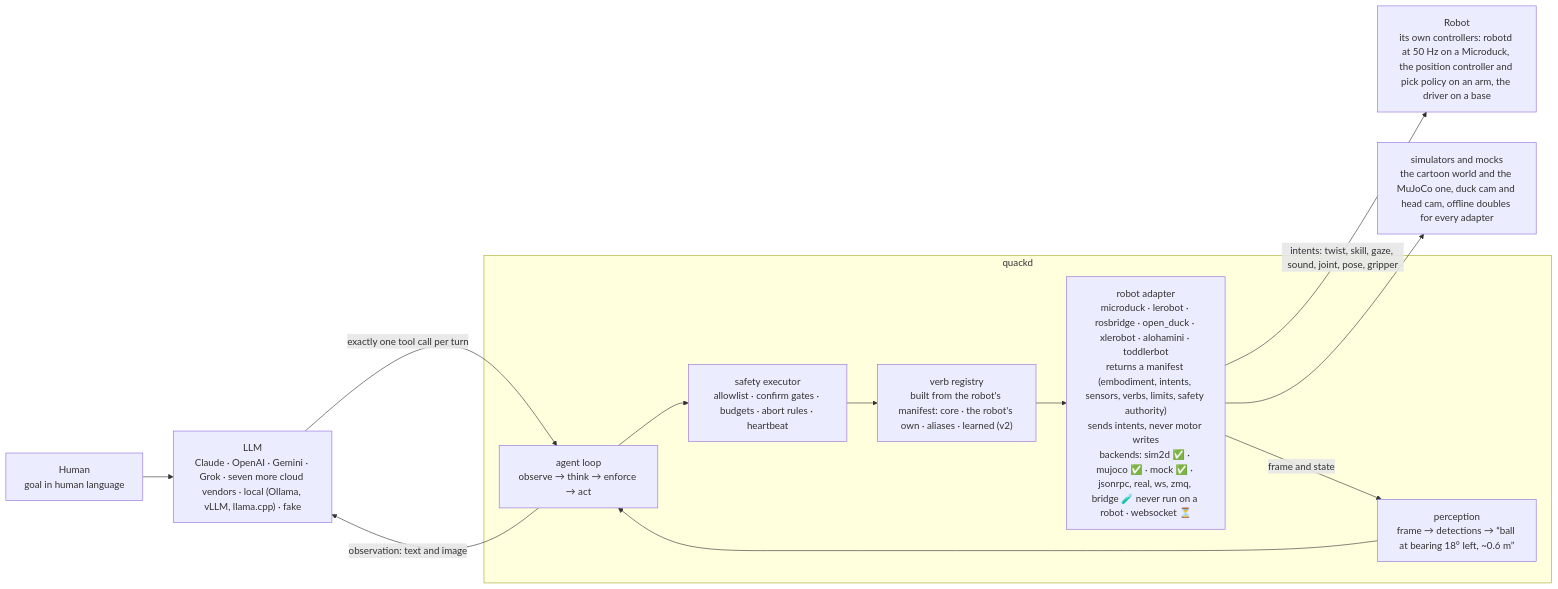
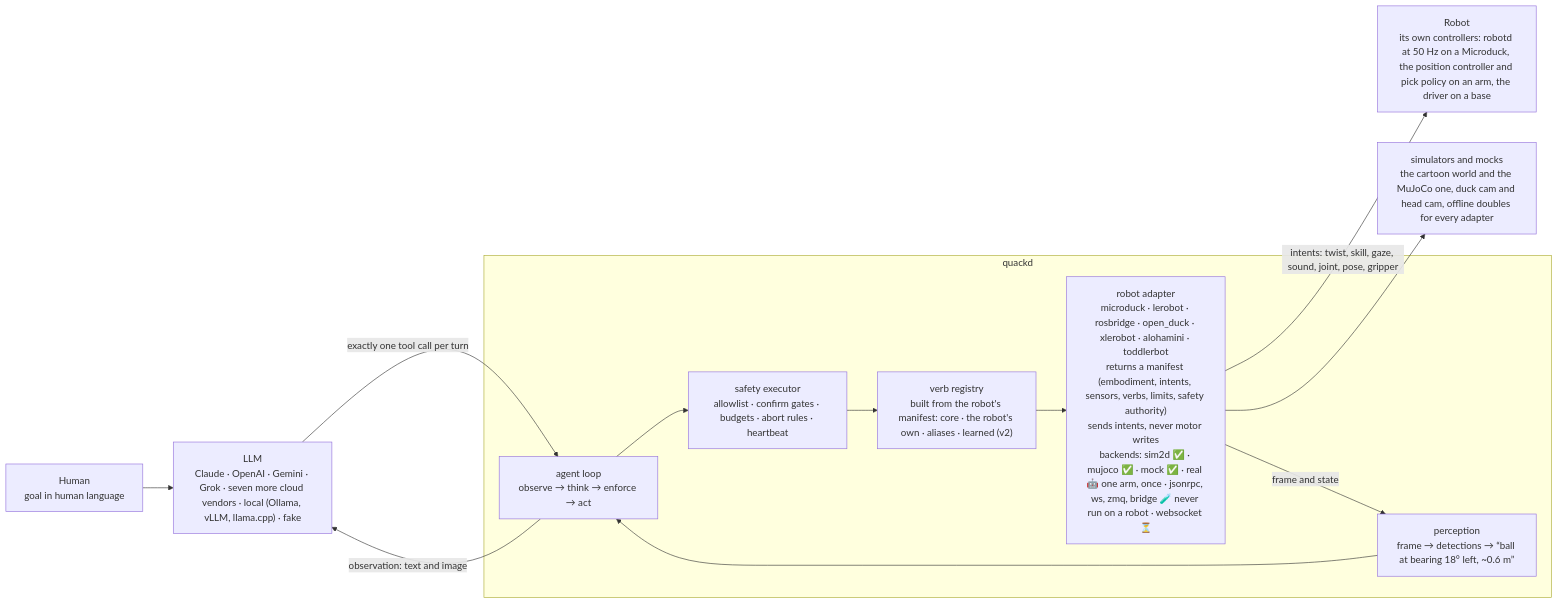
The second of 2 diagrams in README.md (mantoumaster/quackd), drawn with Mermaid before and after one commit. The commit also changed other lines of this file and 58 other files, not shown here.

````diff
--- a/README.md
+++ b/README.md
@@ -280,21 +281,21 @@
 ```mermaid
 flowchart LR
     HUMAN["Human<br/>goal in human language"]
     LLM["LLM<br/>Claude · OpenAI · Gemini · Grok · seven more cloud vendors · local (Ollama, vLLM, llama.cpp) · fake"]
     subgraph quackd
         LOOP["agent loop<br/>observe → think → enforce → act"]
         EXEC["safety executor<br/>allowlist · confirm gates · budgets · abort rules · heartbeat"]
         VERBS["verb registry<br/>built from the robot's manifest: core · the robot's own · aliases · learned (v2)"]
         PERC["perception<br/>frame → detections → “ball at bearing 18° left, ~0.6 m”"]
-        ADAPTER["robot adapter<br/>microduck · lerobot · rosbridge · open_duck · xlerobot · alohamini · toddlerbot<br/>returns a manifest (embodiment, intents, sensors, verbs, limits, safety authority)<br/>sends intents, never motor writes<br/>backends: sim2d ✅ · mujoco ✅ · mock ✅ · jsonrpc, real, ws, zmq, bridge 🧪 never run on a robot · websocket ⏳"]
+        ADAPTER["robot adapter<br/>microduck · lerobot · rosbridge · open_duck · xlerobot · alohamini · toddlerbot<br/>returns a manifest (embodiment, intents, sensors, verbs, limits, safety authority)<br/>sends intents, never motor writes<br/>backends: sim2d ✅ · mujoco ✅ · mock ✅ · real 🤖 one arm, once · jsonrpc, ws, zmq, bridge 🧪 never run on a robot · websocket ⏳"]
     end
     ROBOT["Robot<br/>its own controllers: robotd at 50 Hz on a Microduck, the position controller and pick policy on an arm, the driver on a base"]
     SIM["simulators and mocks<br/>the cartoon world and the MuJoCo one, duck cam and head cam, offline doubles for every adapter"]
     HUMAN --> LLM
     LLM -- "exactly one tool call per turn" --> LOOP
     LOOP --> EXEC --> VERBS --> ADAPTER
     ADAPTER -- "intents: twist, skill, gaze, sound, joint, pose, gripper" --> ROBOT
     ADAPTER --> SIM
     ADAPTER -- "frame and state" --> PERC --> LOOP
     LOOP -- "observation: text and image" --> LLM
 ```
````
